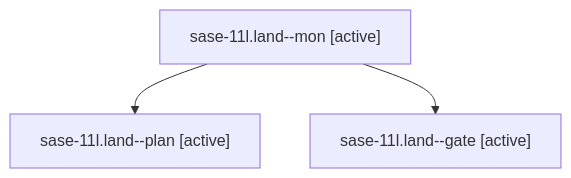
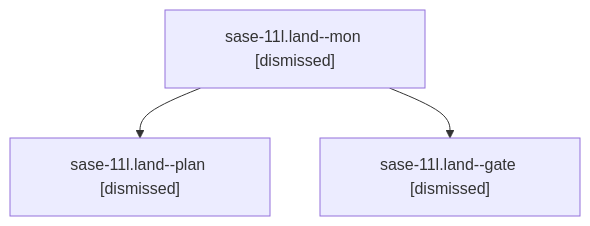
Before and after one commit to sase-org/sase--agents: the diagram in sessions/bbugyi200.athena.sase-11l.land.md, drawn with Mermaid. The commit also changed other lines of this file and 204 other files, not shown here.

````diff
--- a/sessions/bbugyi200.athena.sase-11l.land.md
+++ b/sessions/bbugyi200.athena.sase-11l.land.md
@@ -9,8 +9,8 @@
 ```mermaid
 flowchart TD
-  n0["sase-11l.land--mon [active]"]
-  n1["sase-11l.land--plan [active]"]
+  n0["sase-11l.land--mon [dismissed]"]
+  n1["sase-11l.land--plan [dismissed]"]
   n0 --> n1
-  n2["sase-11l.land--gate [active]"]
+  n2["sase-11l.land--gate [dismissed]"]
   n0 --> n2
 ```
````
